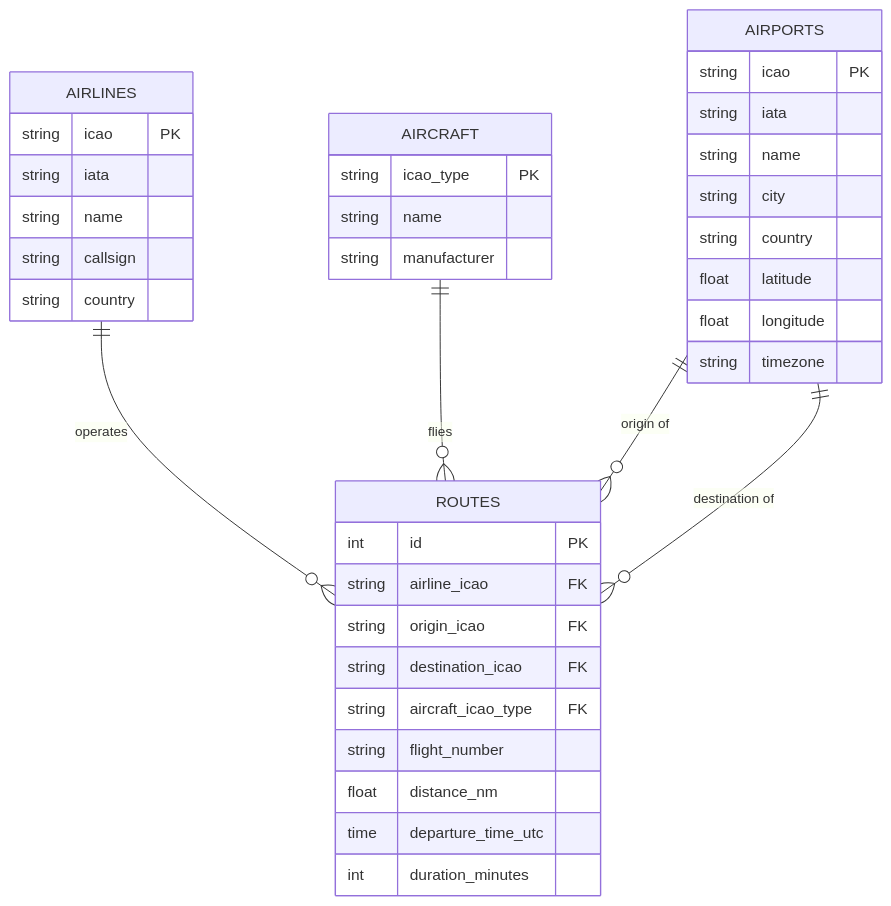
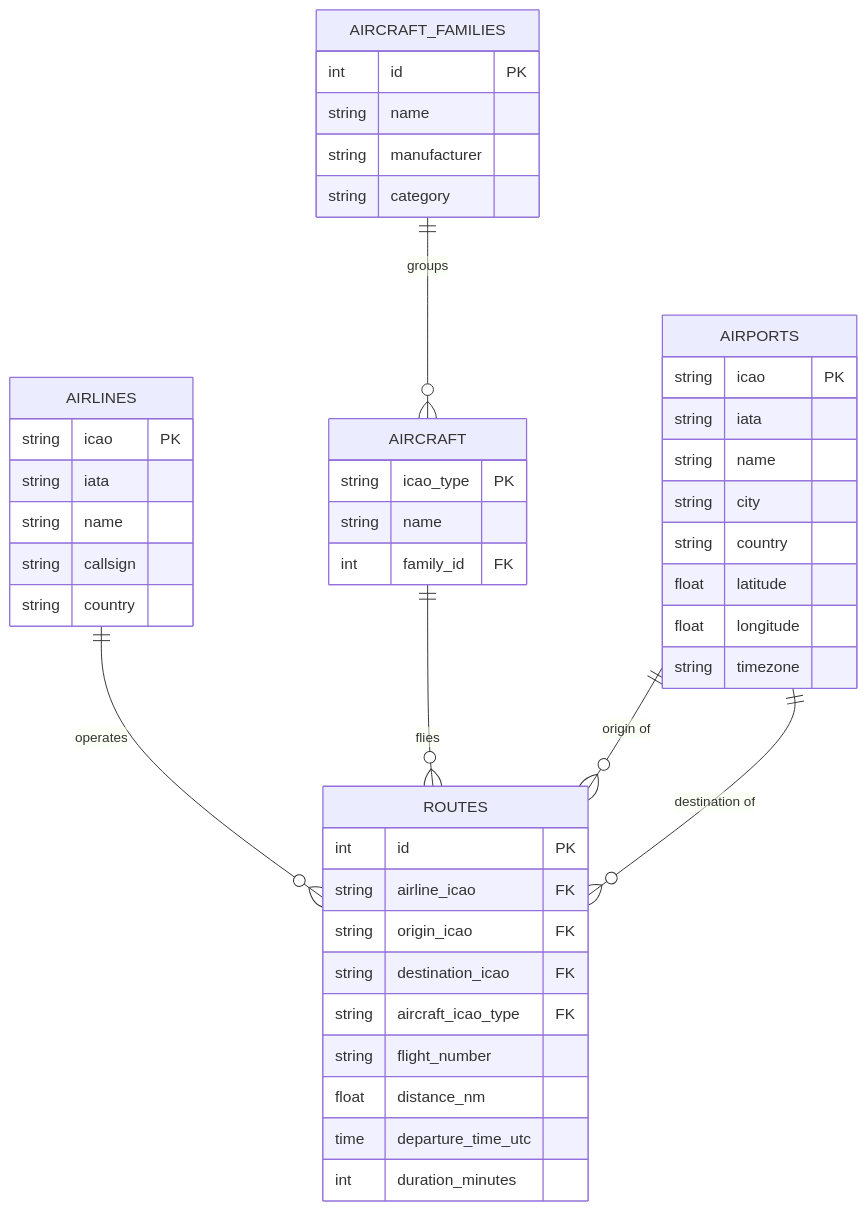
One commit to GeorgeCooke8809/FS-Career changed the diagram in .docs/ERD.md. Above: the diagram before and after it, drawn with Mermaid. The commit also changed 8 other files, not shown here.

````diff
--- a/.docs/ERD.md
+++ b/.docs/ERD.md
@@ -3,44 +3,52 @@
 ```mermaid
 erDiagram
     AIRLINES ||--o{ ROUTES : "operates"
     AIRCRAFT ||--o{ ROUTES : "flies"
+    AIRCRAFT_FAMILIES ||--o{ AIRCRAFT : "groups"
     AIRPORTS ||--o{ ROUTES : "origin of"
     AIRPORTS ||--o{ ROUTES : "destination of"
 
     AIRPORTS {
         string icao PK
         string iata
         string name
         string city
         string country
         float latitude
         float longitude
         string timezone
     }
 
     AIRLINES {
         string icao PK
         string iata
         string name
         string callsign
         string country
     }
 
+    AIRCRAFT_FAMILIES {
+        int id PK
+        string name
+        string manufacturer
+        string category
+    }
+
     AIRCRAFT {
         string icao_type PK
         string name
-        string manufacturer
+        int family_id FK
     }
 
     ROUTES {
         int id PK
         string airline_icao FK
         string origin_icao FK
         string destination_icao FK
         string aircraft_icao_type FK
         string flight_number
         float distance_nm
         time departure_time_utc
         int duration_minutes
     }
 ```
````
